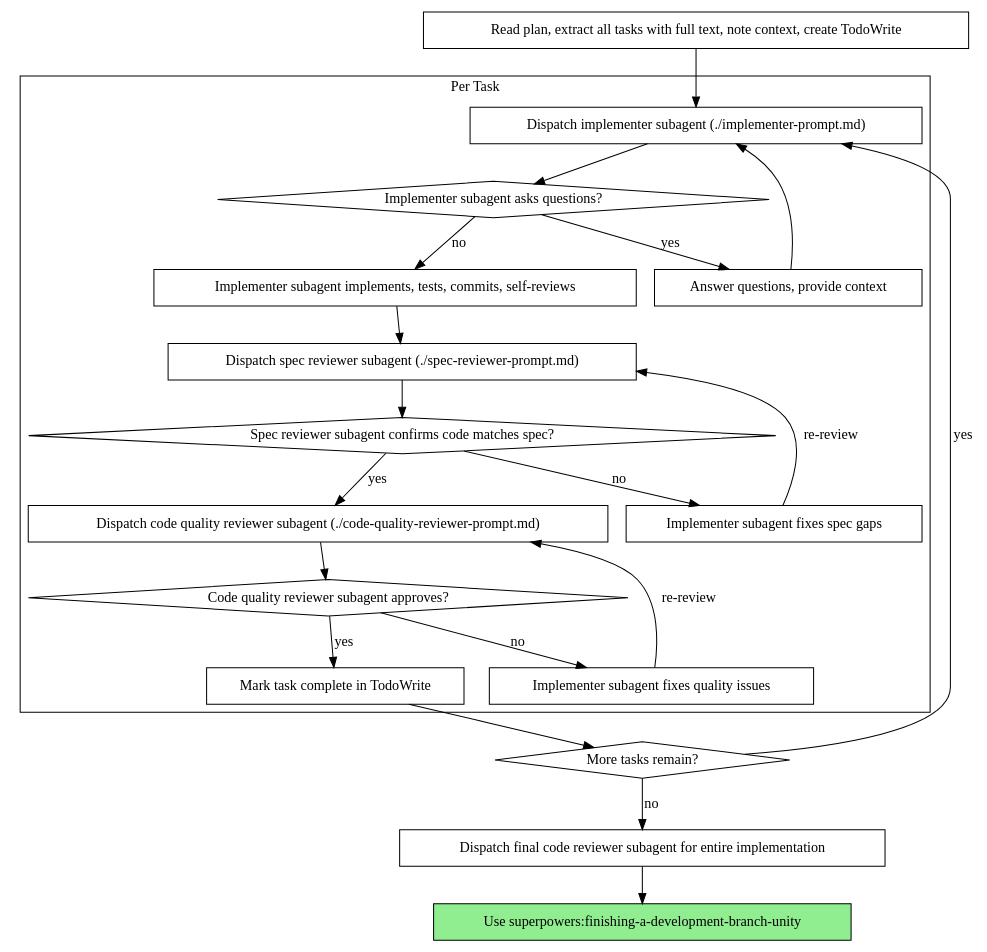
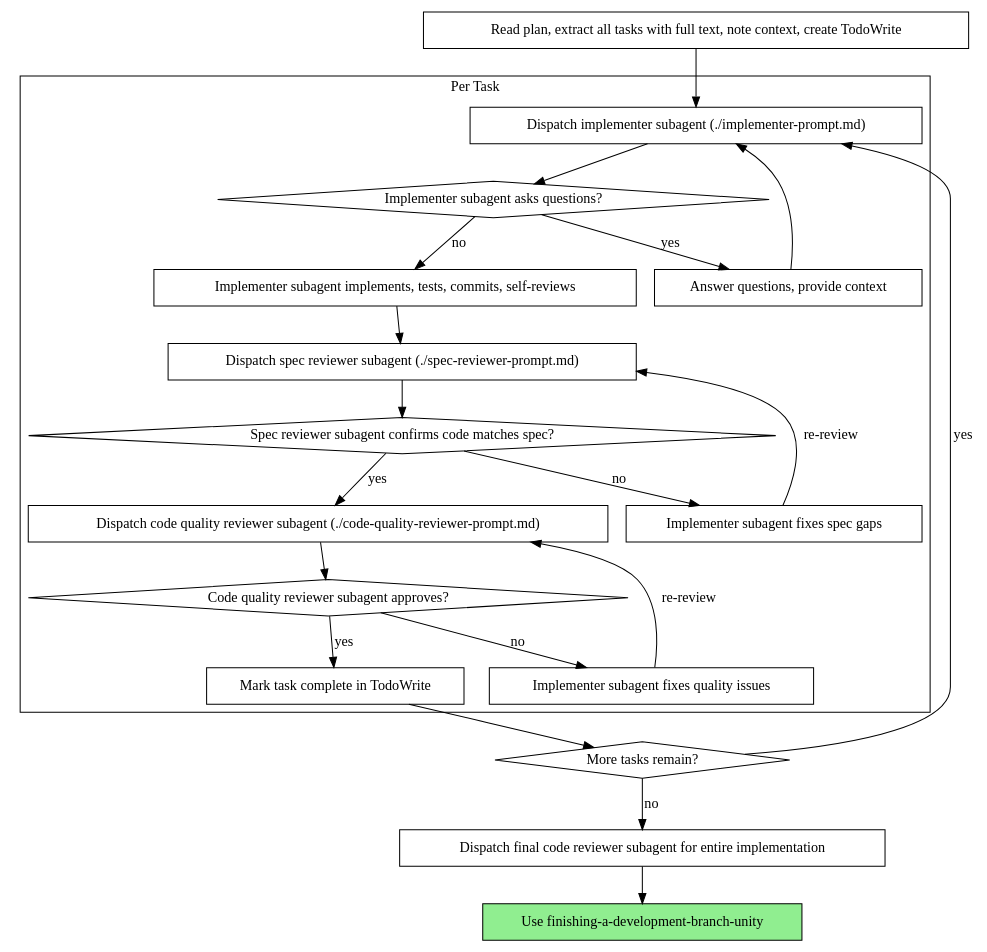
Before and after one commit to WackyGameStudio/unity-superpowers: the second of 2 diagrams in skills/subagent-driven-development-unity/SKILL.md, drawn with Graphviz. The commit also changed other lines of this file and 6 other files, not shown here.

````diff
--- a/skills/subagent-driven-development-unity/SKILL.md
+++ b/skills/subagent-driven-development-unity/SKILL.md
@@ -60,44 +60,44 @@
 ```dot
 digraph process {
     rankdir=TB;
 
     subgraph cluster_per_task {
         label="Per Task";
         "Dispatch implementer subagent (./implementer-prompt.md)" [shape=box];
         "Implementer subagent asks questions?" [shape=diamond];
         "Answer questions, provide context" [shape=box];
         "Implementer subagent implements, tests, commits, self-reviews" [shape=box];
         "Dispatch spec reviewer subagent (./spec-reviewer-prompt.md)" [shape=box];
         "Spec reviewer subagent confirms code matches spec?" [shape=diamond];
         "Implementer subagent fixes spec gaps" [shape=box];
         "Dispatch code quality reviewer subagent (./code-quality-reviewer-prompt.md)" [shape=box];
         "Code quality reviewer subagent approves?" [shape=diamond];
         "Implementer subagent fixes quality issues" [shape=box];
         "Mark task complete in TodoWrite" [shape=box];
     }
 
     "Read plan, extract all tasks with full text, note context, create TodoWrite" [shape=box];
     "More tasks remain?" [shape=diamond];
     "Dispatch final code reviewer subagent for entire implementation" [shape=box];
-    "Use superpowers:finishing-a-development-branch-unity" [shape=box style=filled fillcolor=lightgreen];
+    "Use finishing-a-development-branch-unity" [shape=box style=filled fillcolor=lightgreen];
 
     "Read plan, extract all tasks with full text, note context, create TodoWrite" -> "Dispatch implementer subagent (./implementer-prompt.md)";
     "Dispatch implementer subagent (./implementer-prompt.md)" -> "Implementer subagent asks questions?";
     "Implementer subagent asks questions?" -> "Answer questions, provide context" [label="yes"];
     "Answer questions, provide context" -> "Dispatch implementer subagent (./implementer-prompt.md)";
     "Implementer subagent asks questions?" -> "Implementer subagent implements, tests, commits, self-reviews" [label="no"];
     "Implementer subagent implements, tests, commits, self-reviews" -> "Dispatch spec reviewer subagent (./spec-reviewer-prompt.md)";
     "Dispatch spec reviewer subagent (./spec-reviewer-prompt.md)" -> "Spec reviewer subagent confirms code matches spec?";
     "Spec reviewer subagent confirms code matches spec?" -> "Implementer subagent fixes spec gaps" [label="no"];
     "Implementer subagent fixes spec gaps" -> "Dispatch spec reviewer subagent (./spec-reviewer-prompt.md)" [label="re-review"];
     "Spec reviewer subagent confirms code matches spec?" -> "Dispatch code quality reviewer subagent (./code-quality-reviewer-prompt.md)" [label="yes"];
     "Dispatch code quality reviewer subagent (./code-quality-reviewer-prompt.md)" -> "Code quality reviewer subagent approves?";
     "Code quality reviewer subagent approves?" -> "Implementer subagent fixes quality issues" [label="no"];
     "Implementer subagent fixes quality issues" -> "Dispatch code quality reviewer subagent (./code-quality-reviewer-prompt.md)" [label="re-review"];
     "Code quality reviewer subagent approves?" -> "Mark task complete in TodoWrite" [label="yes"];
     "Mark task complete in TodoWrite" -> "More tasks remain?";
     "More tasks remain?" -> "Dispatch implementer subagent (./implementer-prompt.md)" [label="yes"];
     "More tasks remain?" -> "Dispatch final code reviewer subagent for entire implementation" [label="no"];
-    "Dispatch final code reviewer subagent for entire implementation" -> "Use superpowers:finishing-a-development-branch-unity";
+    "Dispatch final code reviewer subagent for entire implementation" -> "Use finishing-a-development-branch-unity";
 }
 ```
````
